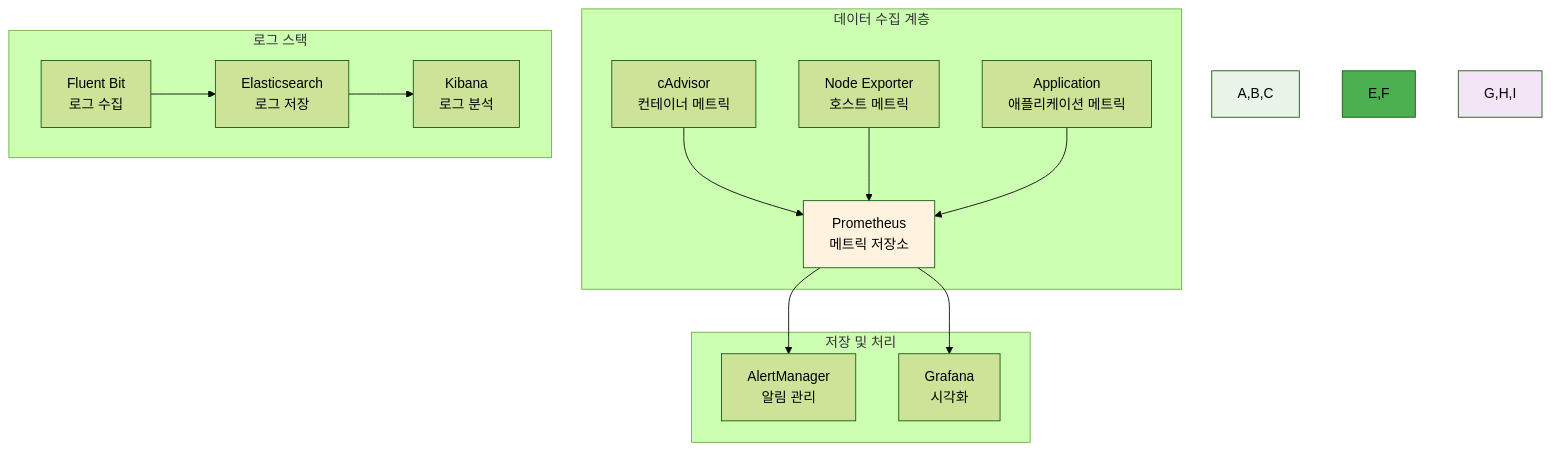
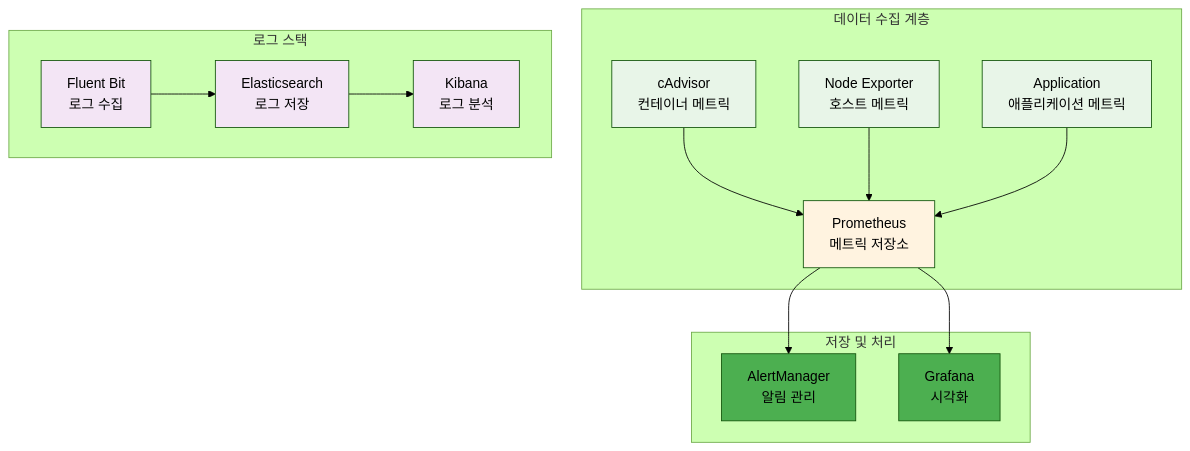
Before and after one commit to niceguy61/kdt_devops_lecture_2025: the eighth of 10 diagrams in theory/week_02/day3/README_corrected.md, drawn with Mermaid (forest theme). The commit also changed other lines of this file and 63 other files, not shown here.

````diff
--- a/theory/week_02/day3/README_corrected.md
+++ b/theory/week_02/day3/README_corrected.md
@@ -428,23 +449,28 @@
 ```mermaid
 graph TB
     subgraph "데이터 수집 계층"
         A[cAdvisor<br/>컨테이너 메트릭] --> D[Prometheus<br/>메트릭 저장소]
         B[Node Exporter<br/>호스트 메트릭] --> D
         C[Application<br/>애플리케이션 메트릭] --> D
     end
     
     subgraph "저장 및 처리"
         D --> E[AlertManager<br/>알림 관리]
         D --> F[Grafana<br/>시각화]
     end
     
     subgraph "로그 스택"
         G[Fluent Bit<br/>로그 수집] --> H[Elasticsearch<br/>로그 저장]
         H --> I[Kibana<br/>로그 분석]
     end
     
-    style A,B,C fill:#e8f5e8
+    style A fill:#e8f5e8
+    style B fill:#e8f5e8
+    style C fill:#e8f5e8
     style D fill:#fff3e0
-    style E,F fill:#4caf50
-    style G,H,I fill:#f3e5f5
+    style E fill:#4caf50
+    style F fill:#4caf50
+    style G fill:#f3e5f5
+    style H fill:#f3e5f5
+    style I fill:#f3e5f5
 ```
````
